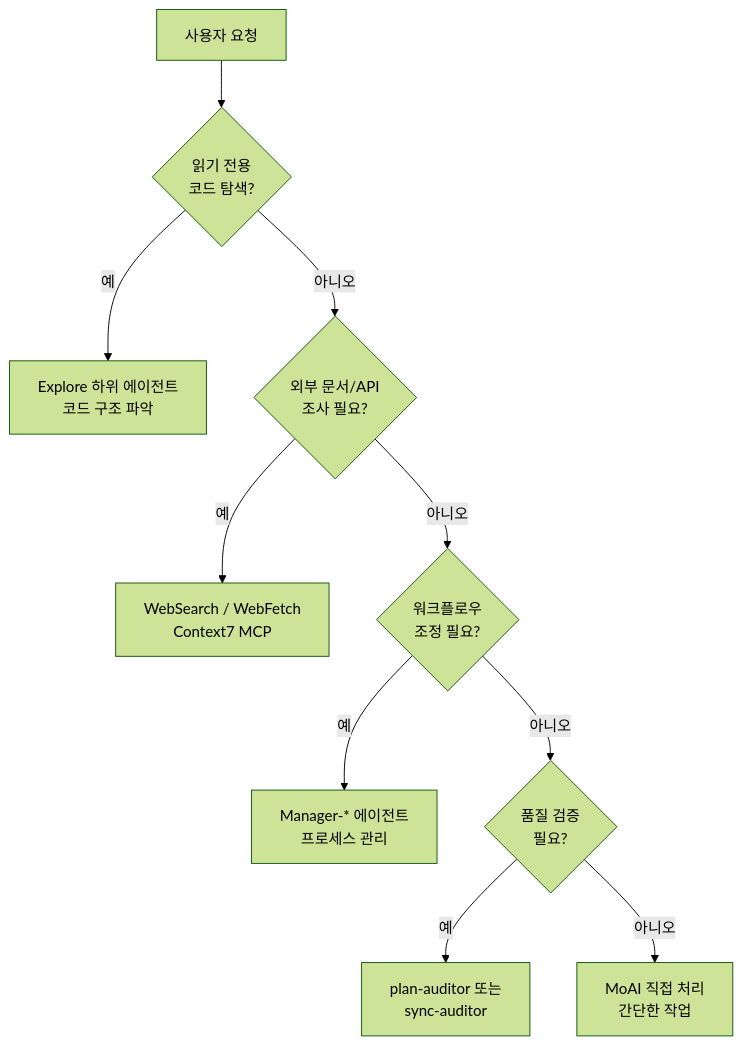
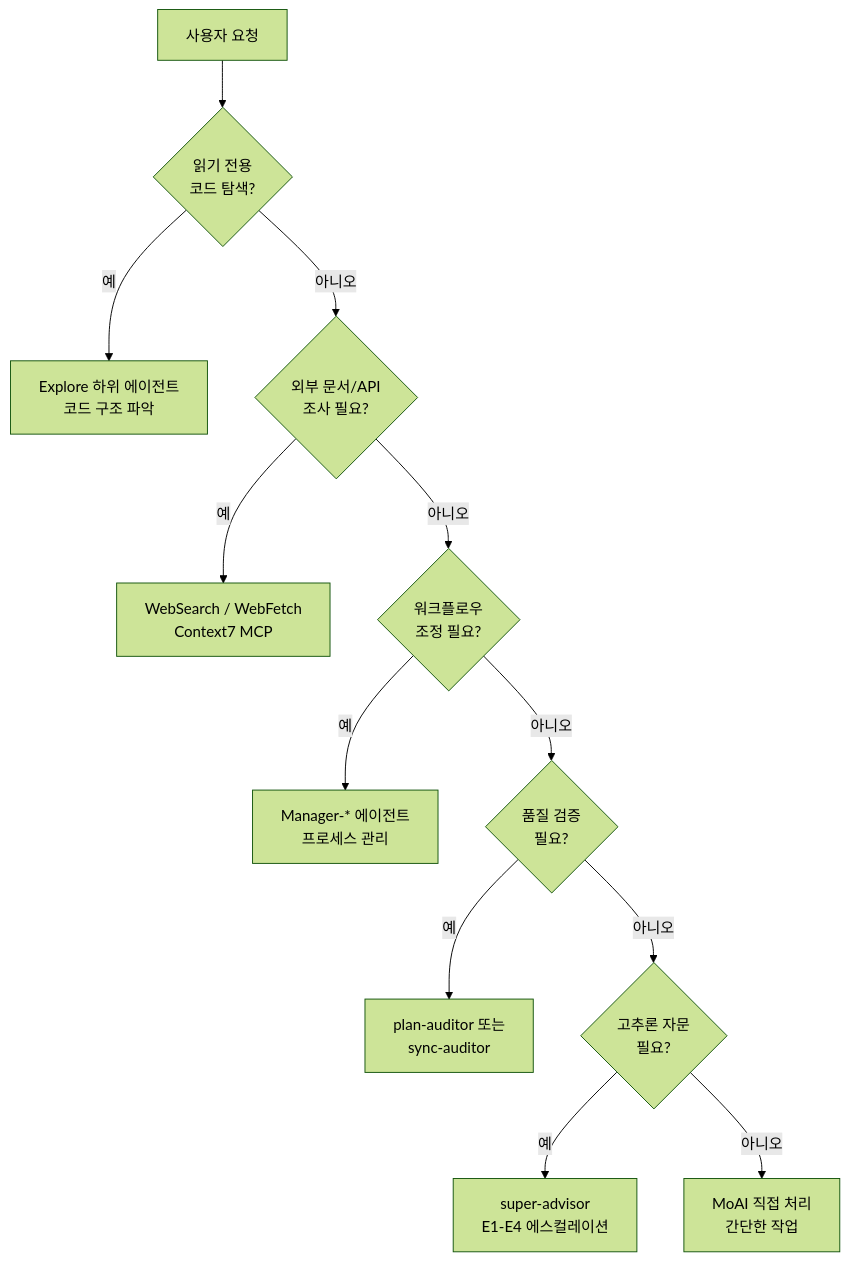
The diagram in docs-site/content/ko/advanced/agent-guide.md (modu-ai/moai-adk), drawn with Mermaid (forest theme) before and after one commit. The commit also changed other lines of this file and 395 other files, not shown here.

````diff
--- a/docs-site/content/ko/advanced/agent-guide.md
+++ b/docs-site/content/ko/advanced/agent-guide.md
@@ -78,16 +89,19 @@
 ```mermaid
 flowchart TD
     START[사용자 요청] --> Q1{읽기 전용<br>코드 탐색?}
 
     Q1 -->|예| EXPLORE["Explore 하위 에이전트<br>코드 구조 파악"]
     Q1 -->|아니오| Q2{외부 문서/API<br>조사 필요?}
 
     Q2 -->|예| WEB["WebSearch / WebFetch<br>Context7 MCP"]
     Q2 -->|아니오| Q3{워크플로우<br>조정 필요?}
 
     Q3 -->|예| MANAGER["Manager-* 에이전트<br>프로세스 관리"]
     Q3 -->|아니오| Q4{품질 검증<br>필요?}
 
     Q4 -->|예| EVAL["plan-auditor 또는<br>sync-auditor"]
-    Q4 -->|아니오| DIRECT["MoAI 직접 처리<br>간단한 작업"]
+    Q4 -->|아니오| Q5{고추론 자문<br>필요?}
+
+    Q5 -->|예| ADVISOR["super-advisor<br>E1-E4 에스컬레이션"]
+    Q5 -->|아니오| DIRECT["MoAI 직접 처리<br>간단한 작업"]
 ```
````
